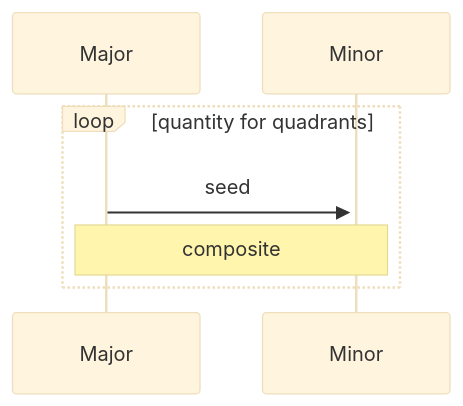
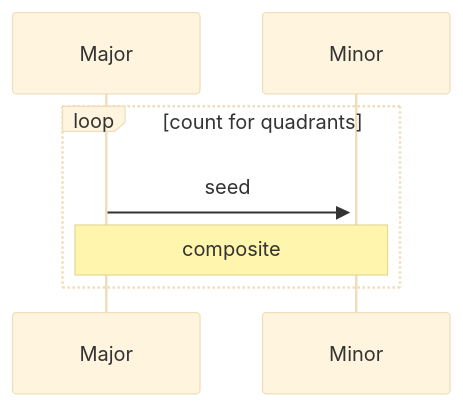
One commit to KurtPachinger/seedmap changed the diagram in README.md. Above: the diagram before and after it, drawn with Mermaid (base theme). The commit also changed other lines of this file, not shown here.

````diff
--- a/README.md
+++ b/README.md
@@ -37,7 +37,7 @@
 ```mermaid
 sequenceDiagram
-  loop quantity for quadrants
+  loop count for quadrants
     Major->>+Minor: seed
     Note over Major,Minor: composite
   end
 ```
````
